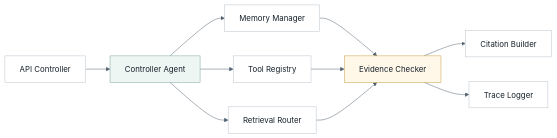
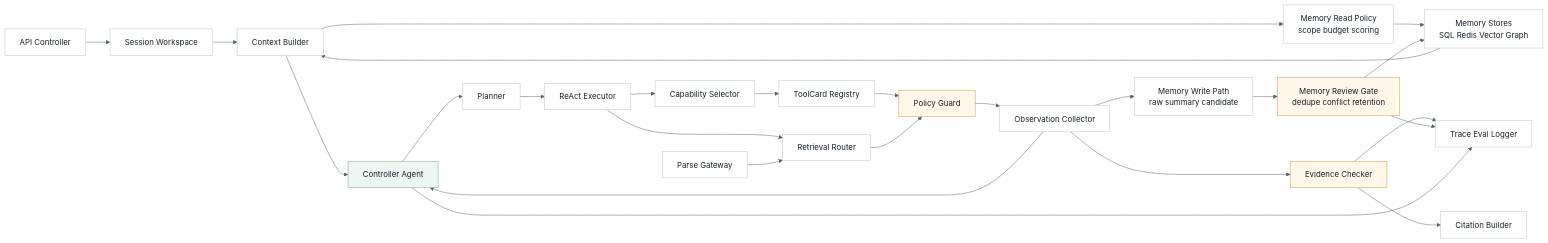
The seventh of 10 diagrams in docs/architecture.md (ProfessorZhi/Zuno), drawn with Mermaid before and after one commit. The commit also changed other lines of this file and 27 other files, not shown here.

Commit message:
docs: detail zuno architecture program

````diff
--- a/docs/architecture.md
+++ b/docs/architecture.md
@@ -254,26 +347,43 @@
 ```mermaid
 %%{init: {"theme": "base", "themeVariables": {"background": "#f7f8fb", "lineColor": "#52616f"}}}%%
 flowchart LR
   classDef node fill:#ffffff,stroke:#b8c2cc,stroke-width:1px,color:#16202a;
   classDef accent fill:#eef6f3,stroke:#7aa59a,stroke-width:1px,color:#16202a;
   classDef warn fill:#fff8e8,stroke:#c59b43,stroke-width:1px,color:#16202a;
 
   API["API Controller"]
-  AG["Controller Agent"]:::accent
-  MEM["Memory Manager"]
-  TOOL["Tool Registry"]
-  RET["Retrieval Router"]
-  EV["Evidence Checker"]:::warn
+  SESSION["Session Workspace"]
+  CONTEXT["Context Builder"]
+  MEMREAD["Memory Read Policy<br/>scope budget scoring"]
+  MEMSTORE["Memory Stores<br/>SQL Redis Vector Graph"]
+  MEMWRITE["Memory Write Path<br/>raw summary candidate"]
+  MEMREVIEW["Memory Review Gate<br/>dedupe conflict retention"]:::warn
+  AGENT["Controller Agent"]:::accent
+  PLANNER["Planner"]
+  REACT["ReAct Executor"]
+  TOOLSEL["Capability Selector"]
+  TOOLREG["ToolCard Registry"]
+  RETROUTER["Retrieval Router"]
+  INGEST["Parse Gateway"]
+  POLICY["Policy Guard"]:::warn
+  OBS["Observation Collector"]
+  EVID["Evidence Checker"]:::warn
   CIT["Citation Builder"]
-  TR["Trace Logger"]
-  API --> AG
-  AG --> MEM
-  AG --> TOOL
-  AG --> RET
-  MEM --> EV
-  TOOL --> EV
-  RET --> EV
-  EV --> CIT
-  EV --> TR
-  class API,MEM,TOOL,RET,CIT,TR node;
+  TRACE["Trace Eval Logger"]
+  API --> SESSION --> CONTEXT
+  CONTEXT --> MEMREAD --> MEMSTORE --> CONTEXT
+  CONTEXT --> AGENT
+  AGENT --> PLANNER --> REACT
+  REACT --> TOOLSEL --> TOOLREG
+  REACT --> RETROUTER
+  INGEST --> RETROUTER
+  TOOLREG --> POLICY
+  RETROUTER --> POLICY
+  POLICY --> OBS --> AGENT
+  OBS --> MEMWRITE --> MEMREVIEW --> MEMSTORE
+  OBS --> EVID --> CIT
+  EVID --> TRACE
+  MEMREVIEW --> TRACE
+  AGENT --> TRACE
+  class API,SESSION,CONTEXT,MEMREAD,MEMSTORE,MEMWRITE,PLANNER,REACT,TOOLSEL,TOOLREG,RETROUTER,INGEST,OBS,CIT,TRACE node;
 ```
````
